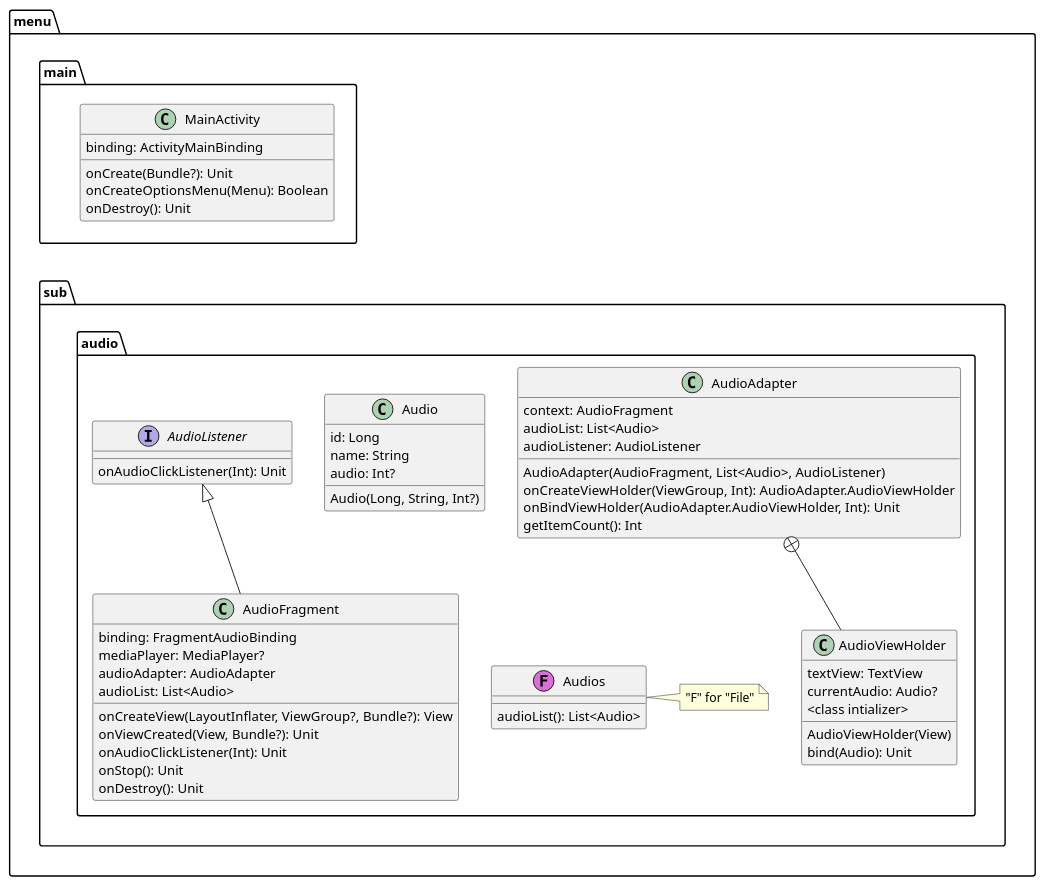
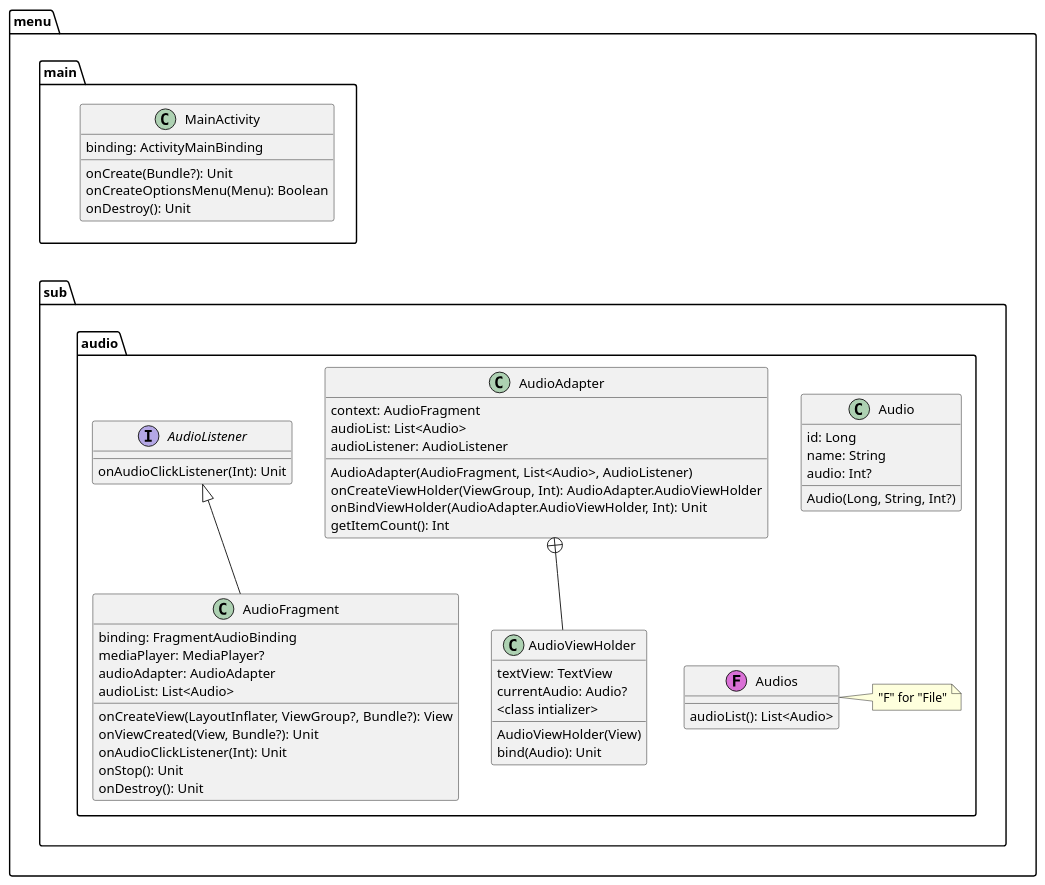
The diagram in Documents/classesAudioUML_base.puml (vertigonale/botify2), drawn with PlantUML before and after one commit. The commit also changed 2 other files, not shown here.

Commit message:
update diagrams

```diff
--- a/Documents/classesAudioUML_base.puml
+++ b/Documents/classesAudioUML_base.puml
@@ -1,78 +1,81 @@
 @startuml
 'comment
 
 ' packages
 package "menu" {
     package "main" {
 
         class MainActivity {
             binding: ActivityMainBinding
             onCreate(Bundle?): Unit
             onCreateOptionsMenu(Menu): Boolean
             onDestroy(): Unit
         }
     }
 
     package "sub" {
         package "audio" {
 
             class AudioFragment {
                 binding: FragmentAudioBinding
                 mediaPlayer: MediaPlayer?
                 audioAdapter: AudioAdapter
                 audioList: List<Audio>
                 onCreateView(LayoutInflater, ViewGroup?, Bundle?): View
                 onViewCreated(View, Bundle?): Unit
                 onAudioClickListener(Int): Unit
                 onStop(): Unit
                 onDestroy(): Unit
             }
 
             class AudioAdapter {
                 context: AudioFragment
                 audioList: List<Audio>
                 audioListener: AudioListener
                 AudioAdapter(AudioFragment, List<Audio>, AudioListener)
                 onCreateViewHolder(ViewGroup, Int): AudioAdapter.AudioViewHolder
                 onBindViewHolder(AudioAdapter.AudioViewHolder, Int): Unit
                 getItemCount(): Int
             }
 
             class AudioViewHolder {
                 textView: TextView
                 currentAudio: Audio?
             ' TODO what to do with this pain in the ass?
                 <class intializer>
                 AudioViewHolder(View)
                 bind(Audio): Unit
             }
 
             class Audio {
                 id: Long
                 name: String
                 audio: Int?
                 Audio(Long, String, Int?)
             }
 
             interface AudioListener {
                 onAudioClickListener(Int): Unit
             }
             'TODO how to handle "Audios.kt"
             class Audios <<(F,orchid)>> {
                 audioList(): List<Audio>
 
             }
             note right: "F" for "File"
         }
     }
 }
 
 ' dependencies
     AudioListener <|-- AudioFragment
     AudioAdapter +-- AudioViewHolder
 
 ' output layout
     main-down[hidden]-sub
-    Audio-down[hidden]-Audios
-'    AudioAdapter-down[hidden]-Audio
+/'    Audio-down[hidden]-Audios
+'    AudioAdapter-down[hidden]-Audio'/
+    Audio-[hidden]-> Audios
+'    AudioViewHolder -[hidden]-> Audios
+    AudioAdapter-[hidden]>Audio
 @enduml
```
